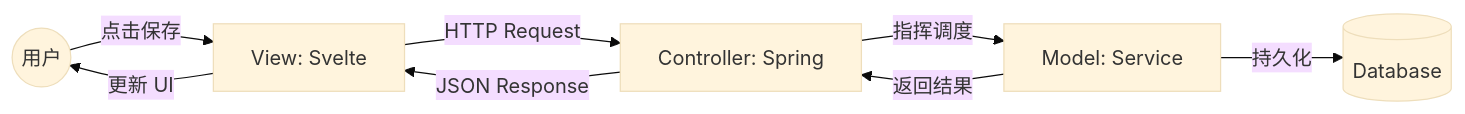
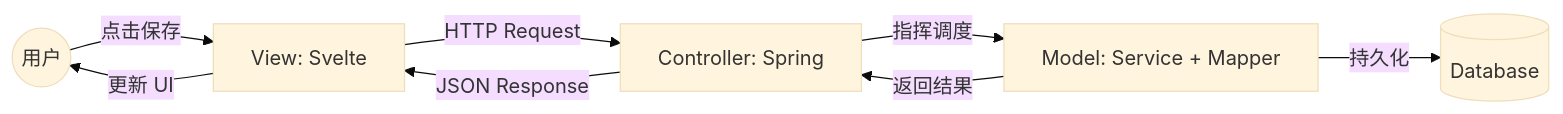
The diagram in system-designer/system-designer.adoc (wangzhaohe/swot-learning), drawn with Mermaid (base theme) before and after one commit. The commit also changed other lines of this file and 3 other files, not shown here.

```diff
--- a/system-designer/system-designer.adoc
+++ b/system-designer/system-designer.adoc
@@ -63,12 +62,12 @@
 [mermaid, target=img/mermaid-2026-02-13-131950, format=svg]
 ....
 graph LR
     User((用户)) -- 点击保存 --> V[View: Svelte]
     V -- HTTP Request --> C[Controller: Spring]
-    C -- 指挥调度 --> M_S[Model: Service]
+    C -- 指挥调度 --> M_S[Model: Service + Mapper]
     M_S -- 持久化 --> M_D[(Database)]
 
     M_S -- 返回结果 --> C
     C -- JSON Response --> V
     V -- 更新 UI --> User
 ....
```
